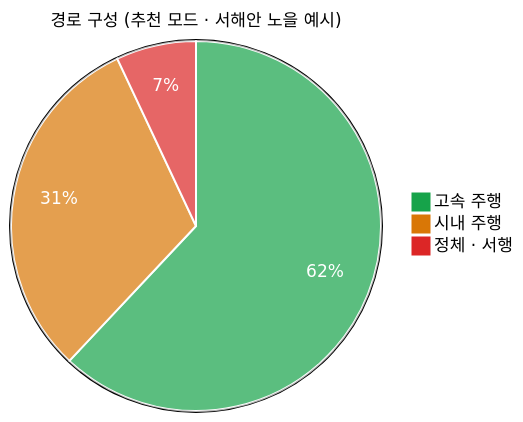
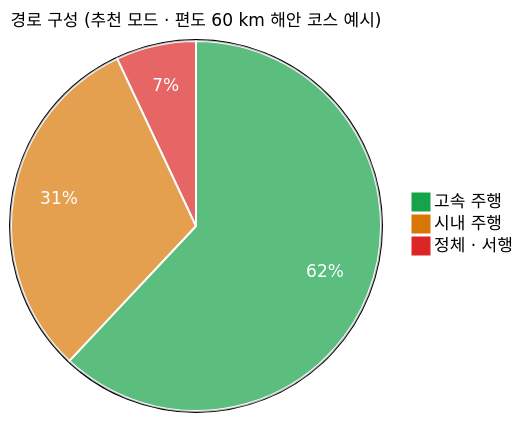
Before and after one commit to rome777/aiffel_test: the seventh of 11 diagrams in README.md, drawn with Mermaid. The commit also changed other lines of this file, not shown here.

````diff
--- a/README.md
+++ b/README.md
@@ -319,7 +448,7 @@
 ```mermaid
 %%{init: {"themeVariables": {"pie1":"#16a34a","pie2":"#d97706","pie3":"#dc2626","pieStrokeColor":"#ffffff","pieStrokeWidth":"2px","pieSectionTextColor":"#ffffff","pieTitleTextSize":"17px"}}}%%
-pie title 경로 구성 (추천 모드 · 서해안 노을 예시)
+pie title 경로 구성 (추천 모드 · 편도 60 km 해안 코스 예시)
     "고속 주행" : 62
     "시내 주행" : 31
     "정체 · 서행" : 7
 ```
````
